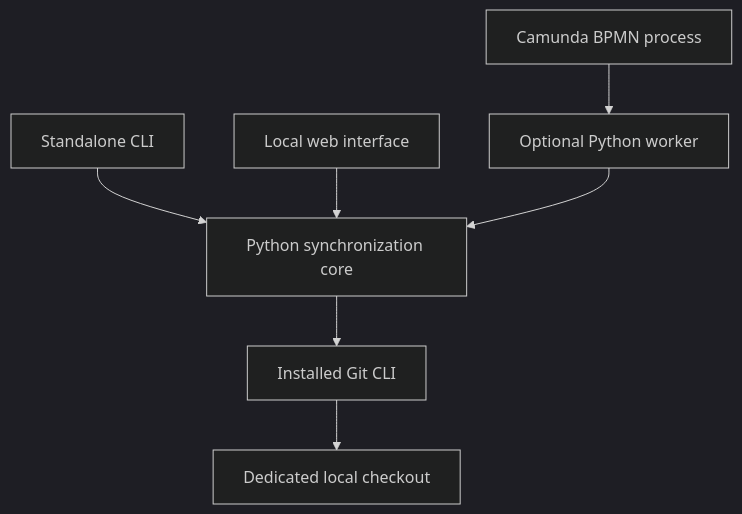
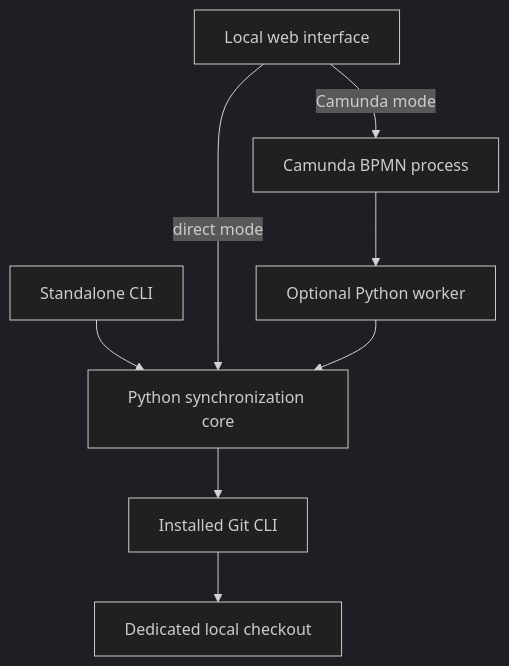
The diagram in README.md (johngrimmreaper/git-upstream-synchronizer), drawn with Mermaid (dark theme) before and after one commit. The commit also changed other lines of this file and 7 other files, not shown here.

Commit message:
Route optional web synchronization through tracked Camunda workflows

````diff
--- a/README.md
+++ b/README.md
@@ -13,9 +13,10 @@
 ```mermaid
 flowchart TD
     BPMN["Camunda BPMN process"] --> Worker["Optional Python worker"]
     CLI["Standalone CLI"] --> Core["Python synchronization core"]
-    Web["Local web interface"] --> Core
+    Web["Local web interface"] -->|direct mode| Core
+    Web -->|Camunda mode| BPMN
     Worker --> Core
     Core --> Git["Installed Git CLI"]
     Git --> Checkout["Dedicated local checkout"]
 ```
````
